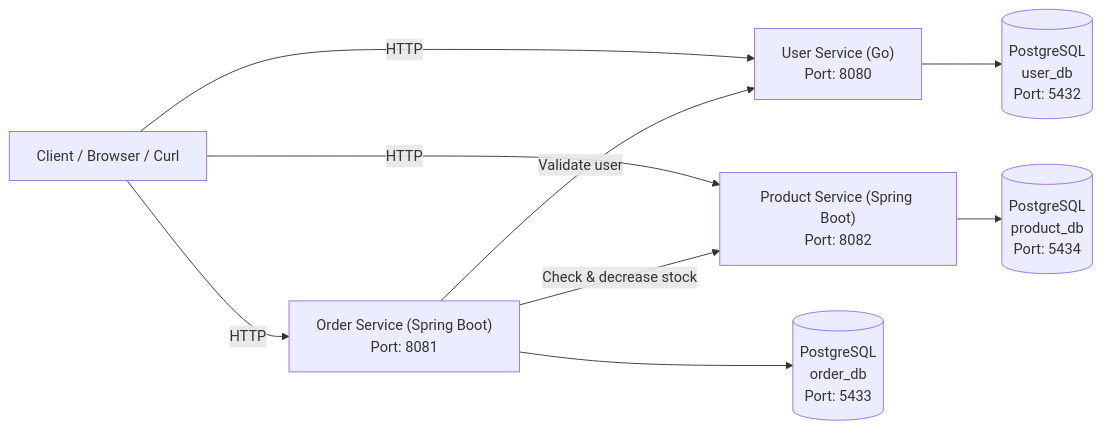
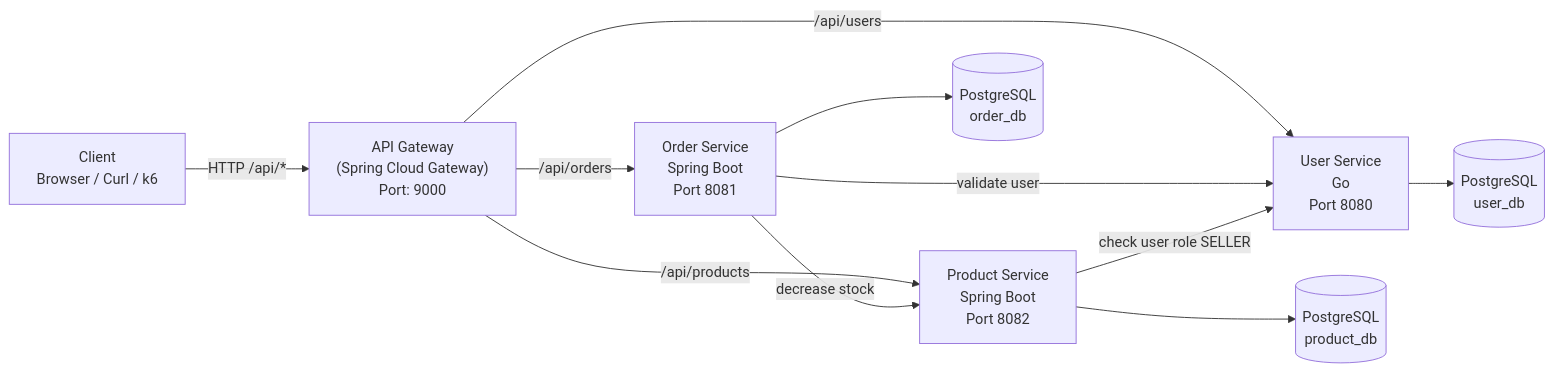
Before and after one commit to NT114-Q21-Specialized-Project/mini-ecommerce-microservices: the diagram in README.md, drawn with Mermaid. The commit also changed other lines of this file and 5 other files, not shown here.

Commit message:
feat(api-gateway): integrate gateway routing and update architecture documentation

````diff
--- a/README.md
+++ b/README.md
@@ -23,23 +24,37 @@
 ```mermaid
 flowchart LR
-    Client[Client / Browser / Curl]
+    %% ===== Client =====
+    Client[Client<br/>Browser / Curl / k6]
 
-    UserService["User Service (Go)<br/>Port: 8080"]
-    OrderService["Order Service (Spring Boot)<br/>Port: 8081"]
-    ProductService["Product Service (Spring Boot)<br/>Port: 8082"]
+    %% ===== API Gateway =====
+    APIGateway["API Gateway<br/>(Spring Cloud Gateway)<br/>Port: 9000"]
 
-    UserDB[(PostgreSQL<br/>user_db<br/>Port: 5432)]
-    OrderDB[(PostgreSQL<br/>order_db<br/>Port: 5433)]
-    ProductDB[(PostgreSQL<br/>product_db<br/>Port: 5434)]
+    %% ===== Services =====
+    UserService["User Service<br/>Go<br/>Port 8080"]
+    ProductService["Product Service<br/>Spring Boot<br/>Port 8082"]
+    OrderService["Order Service<br/>Spring Boot<br/>Port 8081"]
 
-    Client -->|HTTP| UserService
-    Client -->|HTTP| OrderService
-    Client -->|HTTP| ProductService
+    %% ===== Databases =====
+    UserDB[(PostgreSQL<br/>user_db)]
+    ProductDB[(PostgreSQL<br/>product_db)]
+    OrderDB[(PostgreSQL<br/>order_db)]
 
-    OrderService -->|Validate user| UserService
-    OrderService -->|Check & decrease stock| ProductService
+    %% ===== Client Entry =====
+    Client -->|HTTP /api/*| APIGateway
 
+    %% ===== Gateway Routing =====
+    APIGateway -->|/api/users| UserService
+    APIGateway -->|/api/products| ProductService
+    APIGateway -->|/api/orders| OrderService
+
+    %% ===== Service to Service =====
+    OrderService -->|validate user| UserService
+    OrderService -->|decrease stock| ProductService
+    ProductService -->|check user role SELLER| UserService
+
+    %% ===== Database Access =====
     UserService --> UserDB
+    ProductService --> ProductDB
     OrderService --> OrderDB
-    ProductService --> ProductDB
+
 ```
````
